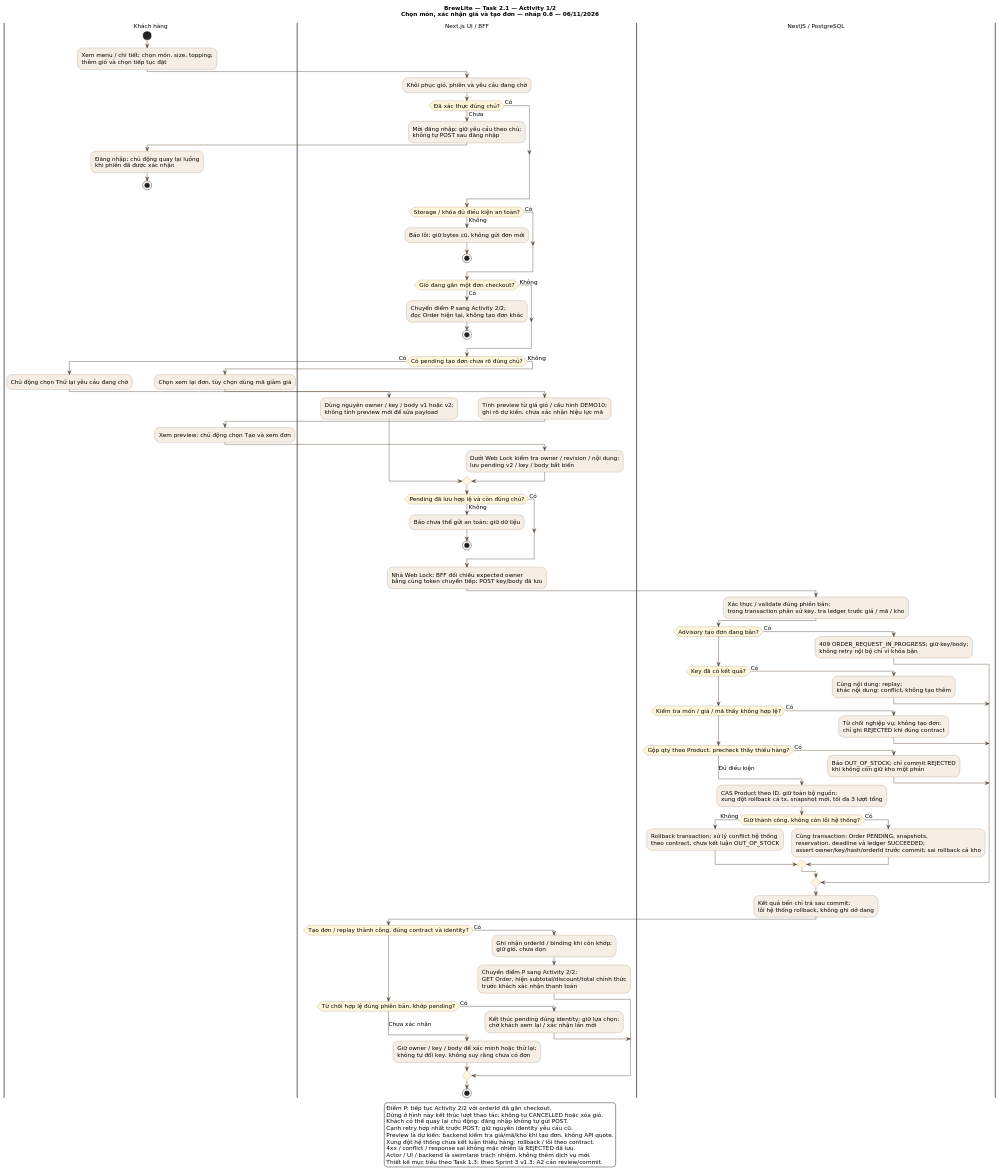
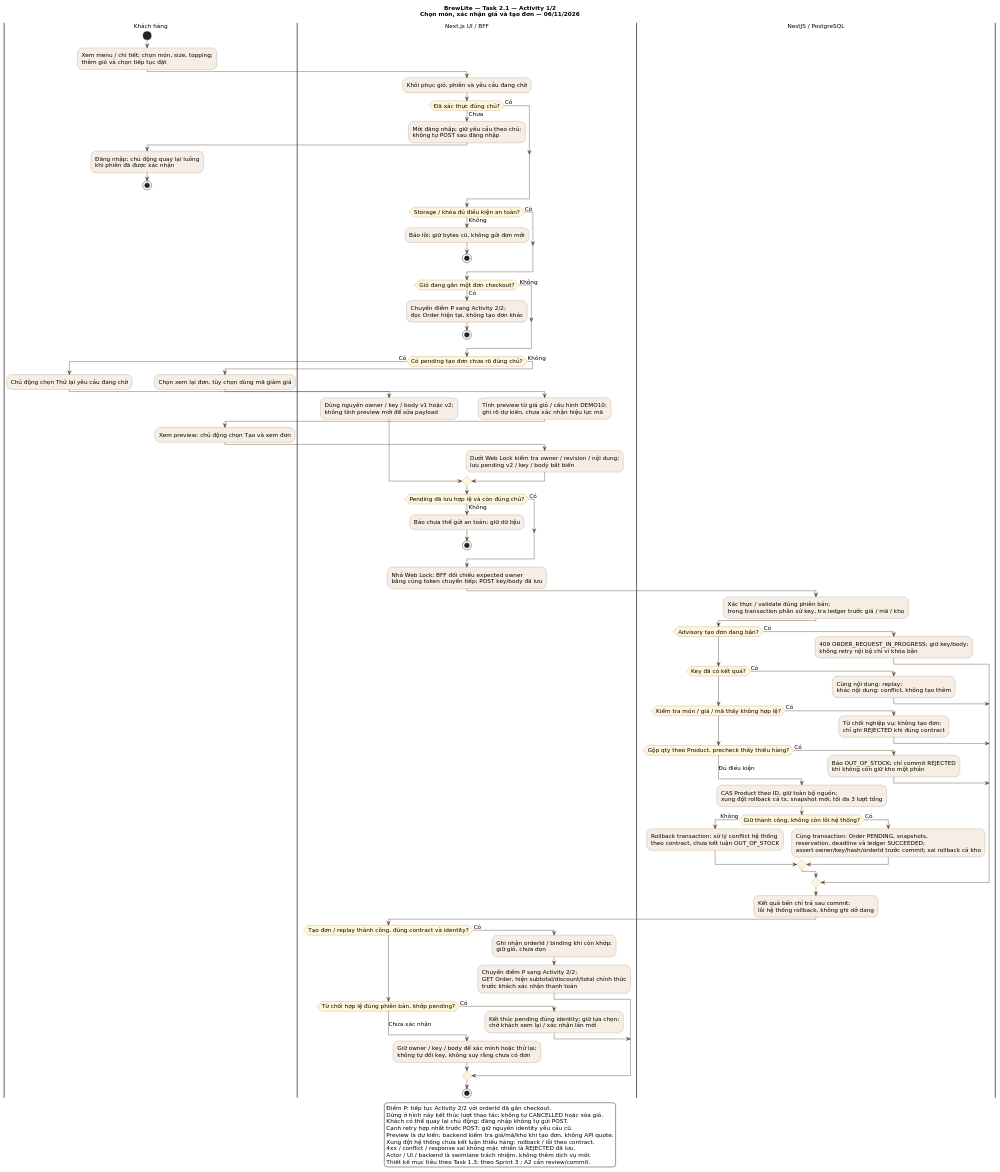
One commit to giabaot400-boop/BrewLite changed the first of 2 diagrams in docs/diagrams/activity-checkout.puml. Above: the diagram before and after it, drawn with PlantUML. The commit also changed other lines of this file and 49 other files, not shown here.

```diff
--- a/docs/diagrams/activity-checkout.puml
+++ b/docs/diagrams/activity-checkout.puml
@@ -1,99 +1,99 @@
 @startuml activity-checkout-order
 !pragma useVerticalIf on
-title BrewLite — Task 2.1 — Activity 1/2\nChọn món, xác nhận giá và tạo đơn — nháp 0.6 — 06/11/2026
+title BrewLite — Task 2.1 — Activity 1/2\nChọn món, xác nhận giá và tạo đơn — 06/11/2026
 skinparam defaultFontName DejaVu Sans
 skinparam defaultFontSize 14
 skinparam shadowing false
 skinparam backgroundColor #FFFFFF
 skinparam ArrowColor #5B4636
 skinparam activityBackgroundColor #F6EEE4
 skinparam activityBorderColor #80644F
 skinparam activityDiamondBackgroundColor #FFF6DA
 skinparam noteBackgroundColor #FFF6DA
 skinparam noteBorderColor #B89551
 |Khách hàng|
 start
 :Xem menu / chi tiết; chọn món, size, topping;\nthêm giỏ và chọn tiếp tục đặt;
 |Next.js UI / BFF|
 :Khôi phục giỏ, phiên và yêu cầu đang chờ;
 if (Đã xác thực đúng chủ?) then (Chưa)
   :Mời đăng nhập; giữ yêu cầu theo chủ;\nkhông tự POST sau đăng nhập;
   |Khách hàng|
   :Đăng nhập; chủ động quay lại luồng\nkhi phiên đã được xác nhận;
   stop
 else (Có)
 endif
 |Next.js UI / BFF|
 if (Storage / khóa đủ điều kiện an toàn?) then (Không)
   :Báo lỗi; giữ bytes cũ, không gửi đơn mới;
   stop
 else (Có)
 endif
 if (Giỏ đang gắn một đơn checkout?) then (Có)
   :Chuyển điểm P sang Activity 2/2;\nđọc Order hiện tại, không tạo đơn khác;
   stop
 else (Không)
 endif
 if (Có pending tạo đơn chưa rõ đúng chủ?) then (Có)
   |Khách hàng|
   :Chủ động chọn Thử lại yêu cầu đang chờ;
   |Next.js UI / BFF|
   :Dùng nguyên owner / key / body v1 hoặc v2;\nkhông tính preview mới để sửa payload;
 else (Không)
   |Khách hàng|
   :Chọn xem lại đơn, tùy chọn dùng mã giảm giá;
   |Next.js UI / BFF|
   :Tính preview từ giá giỏ / cấu hình DEMO10;\nghi rõ dự kiến, chưa xác nhận hiệu lực mã;
   |Khách hàng|
   :Xem preview; chủ động chọn Tạo và xem đơn;
   |Next.js UI / BFF|
   :Dưới Web Lock kiểm tra owner / revision / nội dung;\nlưu pending v2 / key / body bất biến;
 endif
 |Next.js UI / BFF|
 if (Pending đã lưu hợp lệ và còn đúng chủ?) then (Không)
   :Báo chưa thể gửi an toàn; giữ dữ liệu;
   stop
 else (Có)
 endif
 :Nhả Web Lock; BFF đối chiếu expected owner\nbằng cùng token chuyển tiếp; POST key/body đã lưu;
 |NestJS / PostgreSQL|
 :Xác thực / validate đúng phiên bản;\ntrong transaction phân xử key, tra ledger trước giá / mã / kho;
 if (Advisory tạo đơn đang bận?) then (Có)
   :409 ORDER_REQUEST_IN_PROGRESS; giữ key/body;\nkhông retry nội bộ chỉ vì khóa bận;
 elseif (Key đã có kết quả?) then (Có)
   :Cùng nội dung: replay;\nkhác nội dung: conflict, không tạo thêm;
 elseif (Kiểm tra món / giá / mã thấy không hợp lệ?) then (Có)
   :Từ chối nghiệp vụ; không tạo đơn;\nchỉ ghi REJECTED khi đúng contract;
 elseif (Gộp qty theo Product, precheck thấy thiếu hàng?) then (Có)
   :Báo OUT_OF_STOCK; chỉ commit REJECTED\nkhi không còn giữ kho một phần;
 else (Đủ điều kiện)
   :CAS Product theo ID, giữ toàn bộ nguồn;\nxung đột rollback cả tx, snapshot mới, tối đa 3 lượt tổng;
   if (Giữ thành công, không còn lỗi hệ thống?) then (Không)
     :Rollback transaction; xử lý conflict hệ thống\ntheo contract, chưa kết luận OUT_OF_STOCK;
   else (Có)
     :Cùng transaction: Order PENDING, snapshots,\nreservation, deadline và ledger SUCCEEDED;\nassert owner/key/hash/orderId trước commit; sai rollback cả kho;
   endif
 endif
 :Kết quả bền chỉ trả sau commit;\nlỗi hệ thống rollback, không ghi dở dang;
 |Next.js UI / BFF|
 if (Tạo đơn / replay thành công, đúng contract và identity?) then (Có)
   :Ghi nhận orderId / binding khi còn khớp;\ngiữ giỏ, chưa dọn;
   :Chuyển điểm P sang Activity 2/2;\nGET Order, hiện subtotal/discount/total chính thức\ntrước khách xác nhận thanh toán;
 elseif (Từ chối hợp lệ đúng phiên bản, khớp pending?) then (Có)
   :Kết thúc pending đúng identity; giữ lựa chọn;\nchờ khách xem lại / xác nhận lần mới;
 else (Chưa xác nhận)
   :Giữ owner / key / body để xác minh hoặc thử lại;\nkhông tự đổi key, không suy rằng chưa có đơn;
 endif
 stop
 legend bottom
   Điểm P: tiếp tục Activity 2/2 với orderId đã gắn checkout.
   Dừng ở hình này kết thúc lượt thao tác; không tự CANCELLED hoặc xóa giỏ.
   Khách có thể quay lại chủ động; đăng nhập không tự gửi POST.
   Cạnh retry hợp nhất trước POST; giữ nguyên identity yêu cầu cũ.
   Preview là dự kiến; backend kiểm tra giá/mã/kho khi tạo đơn, không API quote.
   Xung đột hệ thống chưa kết luận thiếu hàng: rollback / lỗi theo contract.
   4xx / conflict / response sai không mặc nhiên là REJECTED đã lưu.
   Actor / UI / backend là swimlane trách nhiệm, không thêm dịch vụ mới.
-  Thiết kế mục tiêu theo Task 1.3; theo Sprint 3 v1.3; A2 cần review/commit.
+  Thiết kế mục tiêu theo Task 1.3; theo Sprint 3 ; A2 cần review/commit.
 endlegend
 @enduml
```
